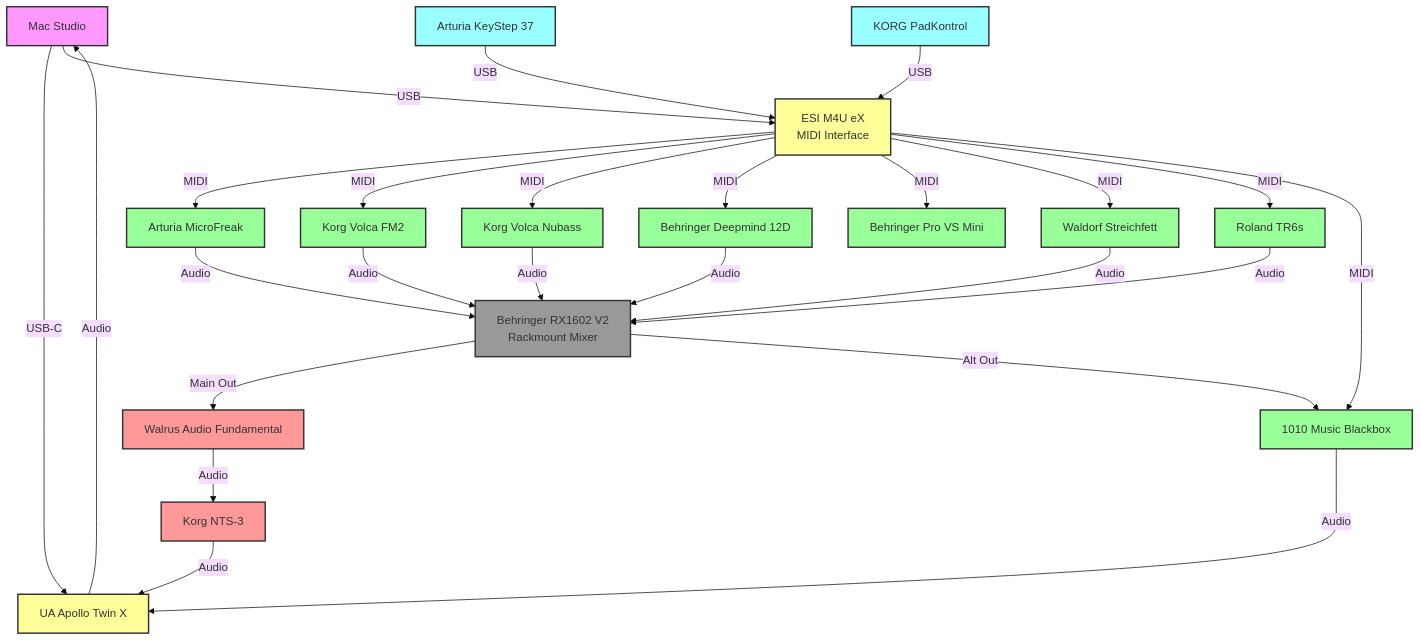
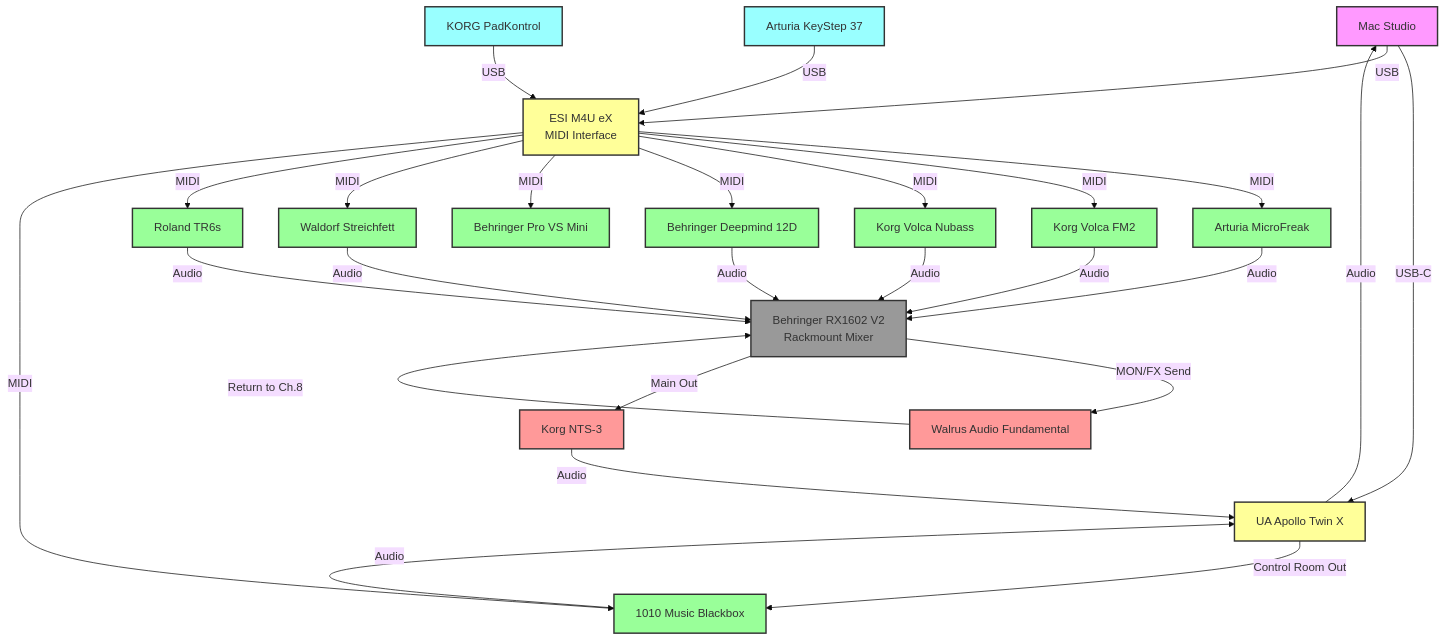
One commit to xdotcommer/music-studio changed the diagram in README.md. Above: the diagram before and after it, drawn with Mermaid (base theme). The commit also changed other lines of this file and 1 other file, not shown here.

````diff
--- a/README.md
+++ b/README.md
@@ -22,76 +22,81 @@
 ```mermaid
 graph TB
     %% Computer and Interface
     MAC[Mac Studio]
     APOLLO[UA Apollo Twin X]
     MIDI_HUB[ESI M4U eX<br/>MIDI Interface]
 
     %% MIDI Controllers
     KEY37[Arturia KeyStep 37]
     PADK[KORG PadKontrol]
 
     %% Sound Sources
     MICRO[Arturia MicroFreak]
     VOLCAFM[Korg Volca FM2]
     NUBASS[Korg Volca Nubass]
     DM12[Behringer Deepmind 12D]
     PROMINI[Behringer Pro VS Mini]
     STREICH[Waldorf Streichfett]
     TR6S[Roland TR6s]
     BB[1010 Music Blackbox]
 
     %% Effects
     WALRUS[Walrus Audio Fundamental]
     NTS3[Korg NTS-3]
 
     %% Mixer
     MIXER[Behringer RX1602 V2<br/>Rackmount Mixer]
 
     %% USB Connections
     MAC -->|USB-C| APOLLO
     MAC -->|USB| MIDI_HUB
 
     %% MIDI Controllers to Interface
     KEY37 -->|USB| MIDI_HUB
     PADK -->|USB| MIDI_HUB
 
     %% MIDI Connections
     MIDI_HUB -->|MIDI| MICRO
     MIDI_HUB -->|MIDI| VOLCAFM
     MIDI_HUB -->|MIDI| NUBASS
     MIDI_HUB -->|MIDI| DM12
     MIDI_HUB -->|MIDI| PROMINI
     MIDI_HUB -->|MIDI| STREICH
     MIDI_HUB -->|MIDI| TR6S
     MIDI_HUB -->|MIDI| BB
 
     %% Audio Connections to Mixer
     MICRO -->|Audio| MIXER
     VOLCAFM -->|Audio| MIXER
     NUBASS -->|Audio| MIXER
     DM12 -->|Audio| MIXER
     STREICH -->|Audio| MIXER
     TR6S -->|Audio| MIXER
 
-    %% Audio Recording Path Options
-    MIXER -->|Main Out| WALRUS
-    MIXER -->|Alt Out| BB
-    WALRUS -->|Audio| NTS3
+    %% Effects Loop
+    MIXER -->|MON/FX Send| WALRUS
+    WALRUS -->|Return to Ch.8| MIXER
+
+    %% Main Output Path
+    MIXER -->|Main Out| NTS3
     NTS3 -->|Audio| APOLLO
+    APOLLO -->|Audio| MAC
+
+    %% Control Room Path
+    APOLLO -->|Control Room Out| BB
     BB -->|Audio| APOLLO
-    APOLLO -->|Audio| MAC
 
     classDef computer fill:#f9f,stroke:#333,stroke-width:2px
     classDef interface fill:#ff9,stroke:#333,stroke-width:2px
     classDef controller fill:#9ff,stroke:#333,stroke-width:2px
     classDef synth fill:#9f9,stroke:#333,stroke-width:2px
     classDef effect fill:#f99,stroke:#333,stroke-width:2px
     classDef mixer fill:#999,stroke:#333,stroke-width:2px
 
     class MAC computer
     class APOLLO,MIDI_HUB interface
     class KEY37,PADK controller
     class MICRO,VOLCAFM,NUBASS,DM12,PROMINI,STREICH,TR6S,BB synth
     class WALRUS,NTS3 effect
     class MIXER mixer
 ```
````
